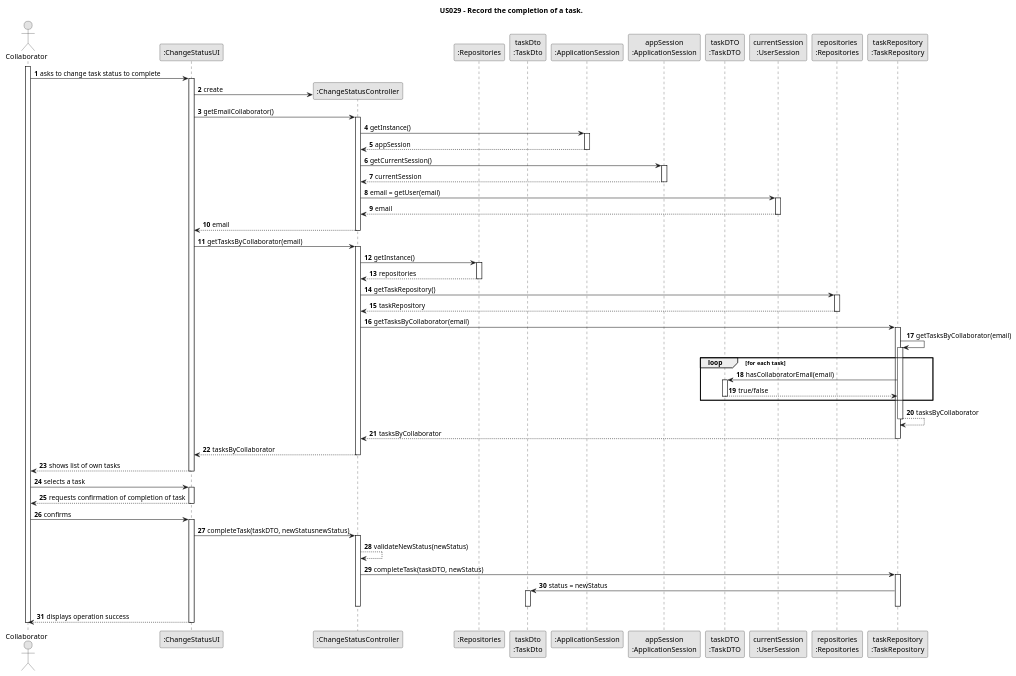
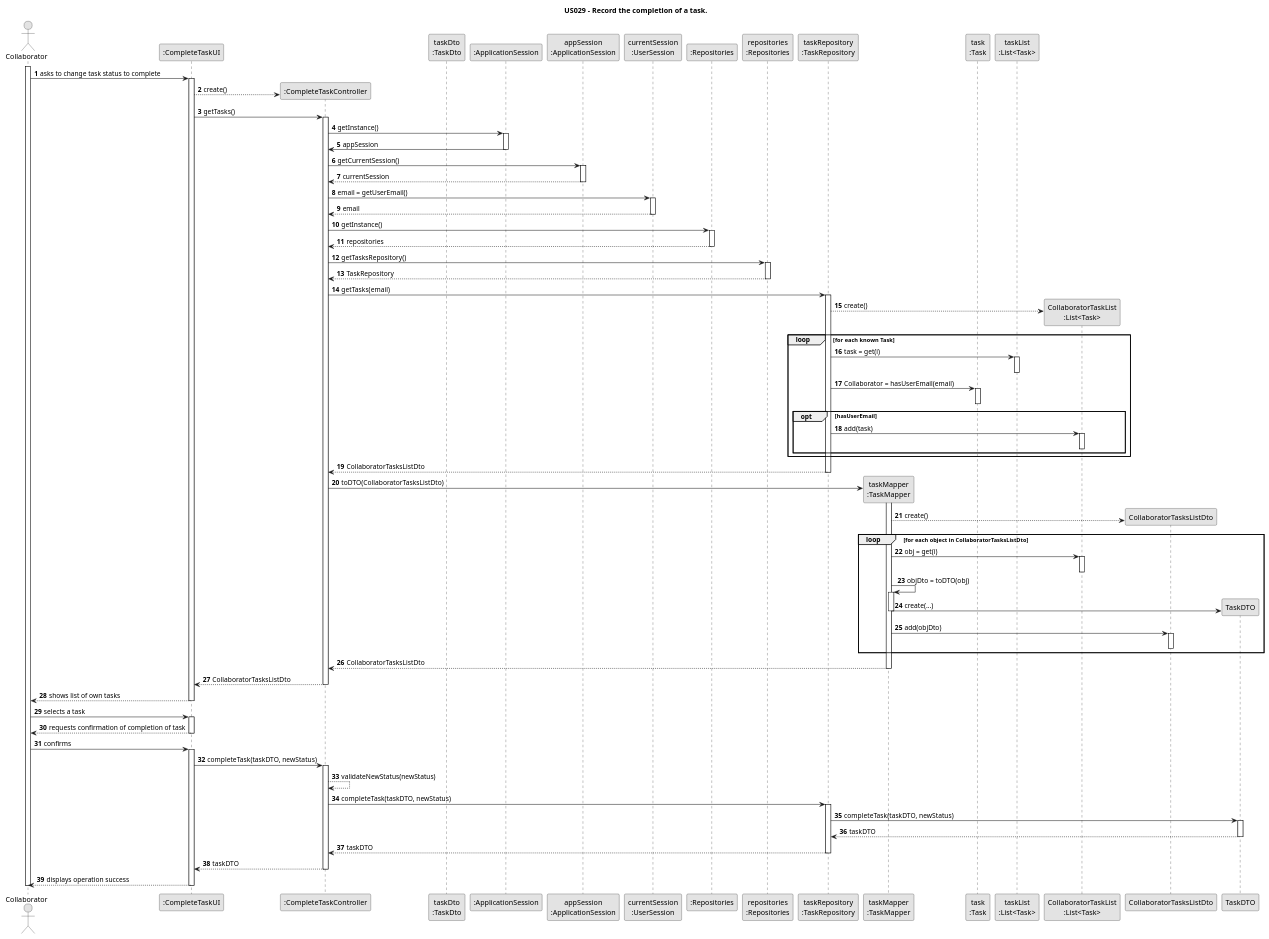
The diagram in docs/sprintC/us029/03.design/puml/us029-sequence-diagram-full.puml (Departamento-de-Engenharia-Informatica/lei-24-s2-1dm-g132), drawn with PlantUML before and after one commit. The commit also changed 17 other files, not shown here.

```diff
--- a/docs/sprintC/us029/03.design/puml/us029-sequence-diagram-full.puml
+++ b/docs/sprintC/us029/03.design/puml/us029-sequence-diagram-full.puml
@@ -1,119 +1,151 @@
 @startuml
 skinparam monochrome true
 skinparam packageStyle rectangle
 skinparam shadowing false
 
        title US029 - Record the completion of a task.
 
 autonumber
 
 actor "Collaborator" as Employee
-participant ":ChangeStatusUI" as UI
-participant ":ChangeStatusController" as CTRL
-participant ":Repositories" as RepositorySingleton
+participant ":CompleteTaskUI" as UI
+participant ":CompleteTaskController" as CTRL
 participant "taskDto\n:TaskDto" as TaskDto
 participant ":ApplicationSession" as _APP
 participant "appSession\n:ApplicationSession" as APP
-participant "taskDTO\n:TaskDTO" as TaskDTO
 participant "currentSession\n:UserSession" as SESSION
+participant ":Repositories" as RepositorySingleton
 participant "repositories\n:Repositories" as PLAT
 participant "taskRepository\n:TaskRepository" as TaskRepository
+participant "taskMapper\n:TaskMapper" as TaskMapper
+participant "task\n:Task" as task
+participant "taskList\n:List<Task>" as taskList
+participant "CollaboratorTaskList\n:List<Task>" as CollaboratorTasksList
 
 activate Employee
 
     Employee -> UI : asks to change task status to complete
     activate UI
 
-    UI -> CTRL** : create
- UI -> CTRL : getEmailCollaborator()
-    activate CTRL
+     UI --> CTRL** : create()
+             UI -> CTRL : getTasks()
+             activate CTRL
 
-    CTRL -> _APP : getInstance()
-    activate _APP
+                 CTRL -> _APP: getInstance()
+                     activate _APP
+                         _APP -> CTRL: appSession
+                     deactivate _APP
 
-    _APP --> CTRL : appSession
-    deactivate _APP
+                     CTRL -> APP: getCurrentSession()
+                     activate APP
 
-    CTRL -> APP : getCurrentSession()
-    activate APP
+                         APP --> CTRL: currentSession
+                     deactivate APP
 
-    APP --> CTRL : currentSession
-    deactivate APP
+                     CTRL -> SESSION: email = getUserEmail()
+                     activate SESSION
 
-    CTRL -> SESSION : email = getUser(email)
-    activate SESSION
+                         SESSION --> CTRL: email
+                     deactivate SESSION
 
-    SESSION --> CTRL : email
-    deactivate SESSION
+                 CTRL -> RepositorySingleton : getInstance()
+                     activate RepositorySingleton
 
-    CTRL --> UI : email
-    deactivate CTRL
+                         RepositorySingleton --> CTRL: repositories
+                     deactivate RepositorySingleton
 
-    UI -> CTRL : getTasksByCollaborator(email)
-    activate CTRL
+                     CTRL -> PLAT : getTasksRepository()
+                     activate PLAT
 
-    CTRL -> RepositorySingleton : getInstance()
-    activate RepositorySingleton
+                         PLAT --> CTRL : TaskRepository
+                     deactivate PLAT
 
-    RepositorySingleton --> CTRL: repositories
-    deactivate RepositorySingleton
+                      CTRL -> TaskRepository : getTasks(email)
+                                         activate TaskRepository
 
-    CTRL -> PLAT : getTaskRepository()
-    activate PLAT
+                                             TaskRepository --> CollaboratorTasksList** : create()
 
-    PLAT --> CTRL: taskRepository
-    deactivate PLAT
+                                             loop for each known Task
+                                                 TaskRepository -> taskList : task = get(i)
+                                                 activate taskList
+                                                 deactivate taskList
 
-    CTRL -> TaskRepository : getTasksByCollaborator(email)
-    activate TaskRepository
-    TaskRepository -> TaskRepository : getTasksByCollaborator(email)
-    activate TaskRepository
-    loop for each task
-    TaskRepository -> TaskDTO : hasCollaboratorEmail(email)
-    activate TaskDTO
-    TaskDTO --> TaskRepository : true/false
-    deactivate TaskDTO
-    end
-    TaskRepository --> TaskRepository : tasksByCollaborator
-    deactivate TaskRepository
+                                                 TaskRepository -> task : Collaborator = hasUserEmail(email)
+                                                 activate task
+                                                 deactivate task
 
+                                                 opt hasUserEmail
+                                                     TaskRepository -> CollaboratorTasksList : add(task)
+                                                     activate CollaboratorTasksList
+                                                     deactivate CollaboratorTasksList
+                                                 end opt
 
-    TaskRepository --> CTRL : tasksByCollaborator
-    deactivate TaskRepository
+                                             end loop
 
-    CTRL --> UI : tasksByCollaborator
-    deactivate CTRL
+                         TaskRepository --> CTRL : CollaboratorTasksListDto
+                     deactivate TaskRepository
+
+                     CTRL -> TaskMapper** : toDTO(CollaboratorTasksListDto)
+                     activate TaskMapper
+
+                         TaskMapper --> CollaboratorTasksListDto** : create()
+
+                         loop for each object in CollaboratorTasksListDto
+                             TaskMapper -> CollaboratorTasksList : obj = get(i)
+                             activate CollaboratorTasksList
+
+                                 deactivate CollaboratorTasksList
+
+                             TaskMapper -> TaskMapper : objDto = toDTO(obj)
+                             activate TaskMapper
+
+                                 TaskMapper -> TaskDTO** :create(...)
+                                 deactivate TaskMapper
+
+                             TaskMapper -> CollaboratorTasksListDto : add(objDto)
+                             activate CollaboratorTasksListDto
+
+                                 deactivate CollaboratorTasksListDto
+
+                             end loop
+
+                         TaskMapper --> CTRL : CollaboratorTasksListDto
+                         deactivate TaskMapper
+
+                     CTRL --> UI : CollaboratorTasksListDto
+                     deactivate CTRL
     UI --> Employee : shows list of own tasks
     deactivate UI
 
     Employee -> UI : selects a task
     activate UI
 
     UI --> Employee : requests confirmation of completion of task
     deactivate UI
 
     Employee -> UI : confirms
     activate UI
-
-    UI -> CTRL :            completeTask(taskDTO, newStatusnewStatus)
-
+ UI -> CTRL : completeTask(taskDTO, newStatus)
     activate CTRL
 
     CTRL --> CTRL : validateNewStatus(newStatus)
-    CTRL -> TaskRepository :            completeTask(taskDTO, newStatus)
-
+    CTRL -> TaskRepository :  completeTask(taskDTO, newStatus)
     activate TaskRepository
 
-    TaskRepository -> TaskDto : status = newStatus
-    activate TaskDto
-    deactivate TaskDto
+    TaskRepository -> TaskDTO :  completeTask(taskDTO, newStatus)
+    activate TaskDTO
 
+    TaskDTO --> TaskRepository : taskDTO
+    deactivate TaskDTO
+
+    TaskRepository --> CTRL : taskDTO
     deactivate TaskRepository
+
+    CTRL --> UI : taskDTO
     deactivate CTRL
-
 
     UI --> Employee : displays operation success
     deactivate UI
 
 deactivate Employee
 @enduml
```
